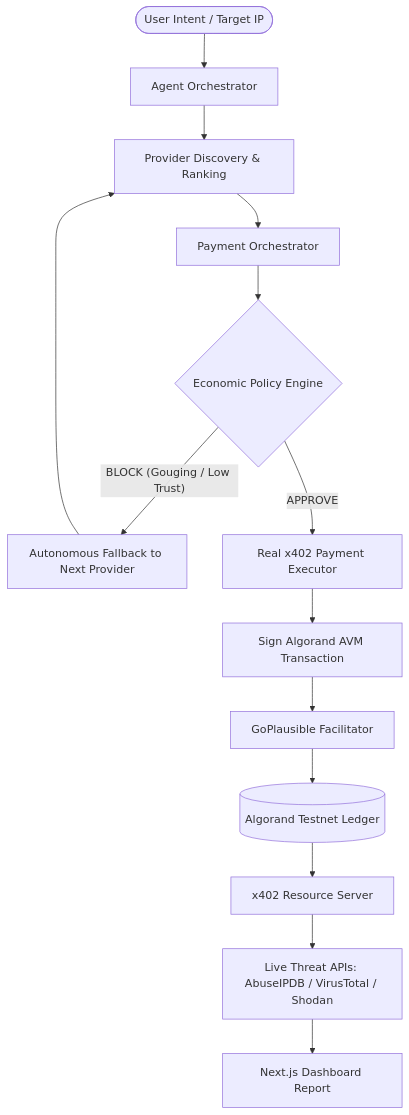
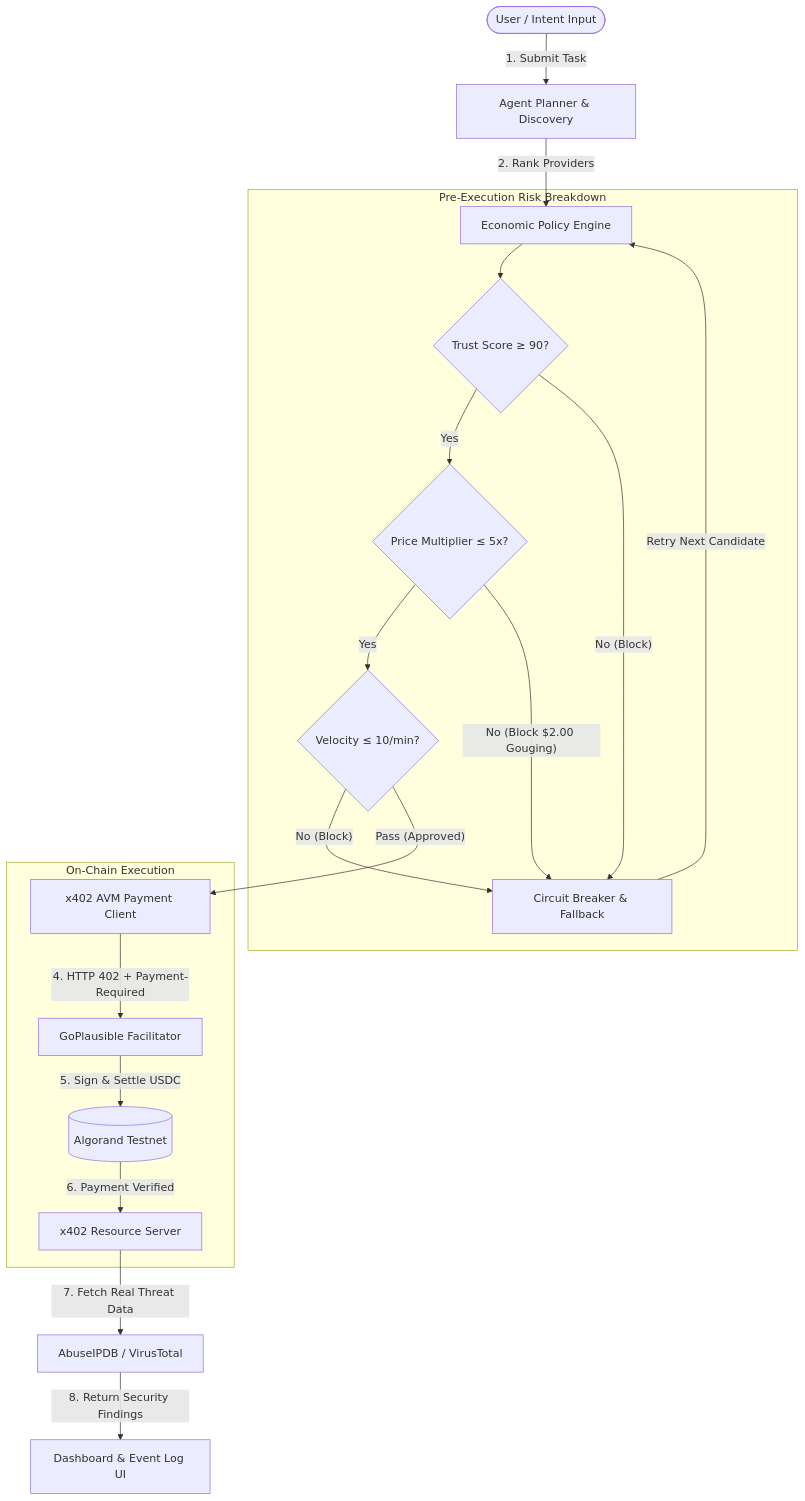
One commit to HarrishKumar-hub/ProcureX changed the diagram in README.md. Above: the diagram before and after it, drawn with Mermaid. The commit also changed other lines of this file, not shown here.

Commit message:
Add final comprehensive README.md with live URLs, architecture diagram, and transaction proofs

````diff
--- a/README.md
+++ b/README.md
@@ -37,19 +38,26 @@
 ```mermaid
 flowchart TD
-    User([User Intent / Target IP]) --> Agent[Agent Orchestrator]
-    Agent --> Discovery[Provider Discovery & Ranking]
-    Discovery --> PaymentOrch[Payment Orchestrator]
-    PaymentOrch --> Engine{Economic Policy Engine}
-
-    Engine -- "BLOCK (Gouging / Low Trust)" --> Fallback[Autonomous Fallback to Next Provider]
-    Fallback --> Discovery
-
-    Engine -- "APPROVE" --> Executor[Real x402 Payment Executor]
-    Executor --> Signer[Sign Algorand AVM Transaction]
-    Signer --> Facilitator[GoPlausible Facilitator]
-    Facilitator --> Blockchain[(Algorand Testnet Ledger)]
+    User([User / Intent Input]) -->|1. Submit Task| Planner[Agent Planner & Discovery]
+    Planner -->|2. Rank Providers| Engine[Economic Policy Engine]
     
-    Blockchain --> Resource[x402 Resource Server]
-    Resource --> LiveAPIs[Live Threat APIs: AbuseIPDB / VirusTotal / Shodan]
-    LiveAPIs --> Dashboard[Next.js Dashboard Report]
+    subgraph Risk Evaluation [Pre-Execution Risk Breakdown]
+        Engine --> Check1{Trust Score ≥ 90?}
+        Check1 -- Yes --> Check2{Price Multiplier ≤ 5x?}
+        Check2 -- Yes --> Check3{Velocity ≤ 10/min?}
+        Check1 -- No (Block) --> Fallback[Circuit Breaker & Fallback]
+        Check2 -- No (Block $2.00 Gouging) --> Fallback
+        Check3 -- No (Block) --> Fallback
+    end
+    
+    Fallback -->|Retry Next Candidate| Engine
+    Check3 -- Pass (Approved) --> X402[x402 AVM Payment Client]
+    
+    subgraph Algorand Settlement [On-Chain Execution]
+        X402 -->|4. HTTP 402 + Payment-Required| Fac[GoPlausible Facilitator]
+        Fac -->|5. Sign & Settle USDC| Algo[(Algorand Testnet)]
+        Algo -->|6. Payment Verified| Resource[x402 Resource Server]
+    end
+    
+    Resource -->|7. Fetch Real Threat Data| ThreatAPIs[AbuseIPDB / VirusTotal]
+    ThreatAPIs -->|8. Return Security Findings| UI[Dashboard & Event Log UI]
 ```
````
